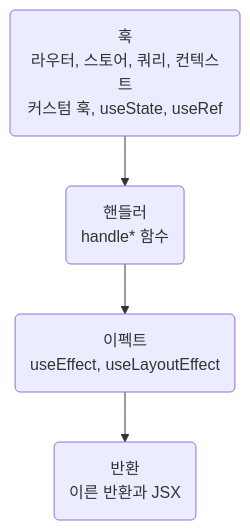
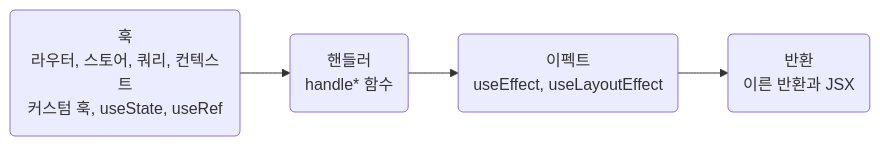
One commit to nomeehej/agent-conventions changed the diagram in skill/react/rules/05-09-composition-order-hooks-handlers-effects-then-return.md. Above: the diagram before and after it, drawn with Mermaid. The commit also changed other lines of this file and 20 other files, not shown here.

````diff
--- a/skill/react/rules/05-09-composition-order-hooks-handlers-effects-then-return.md
+++ b/skill/react/rules/05-09-composition-order-hooks-handlers-effects-then-return.md
@@ -20,6 +21,6 @@
 ```mermaid
-flowchart TD
+flowchart LR
 	s1("훅<br>라우터, 스토어, 쿼리, 컨텍스트<br>커스텀 훅, useState, useRef") --> s2("핸들러<br>handle* 함수")
 	s2 --> s3("이펙트<br>useEffect, useLayoutEffect")
 	s3 --> s4("반환<br>이른 반환과 JSX")
 ```
````
